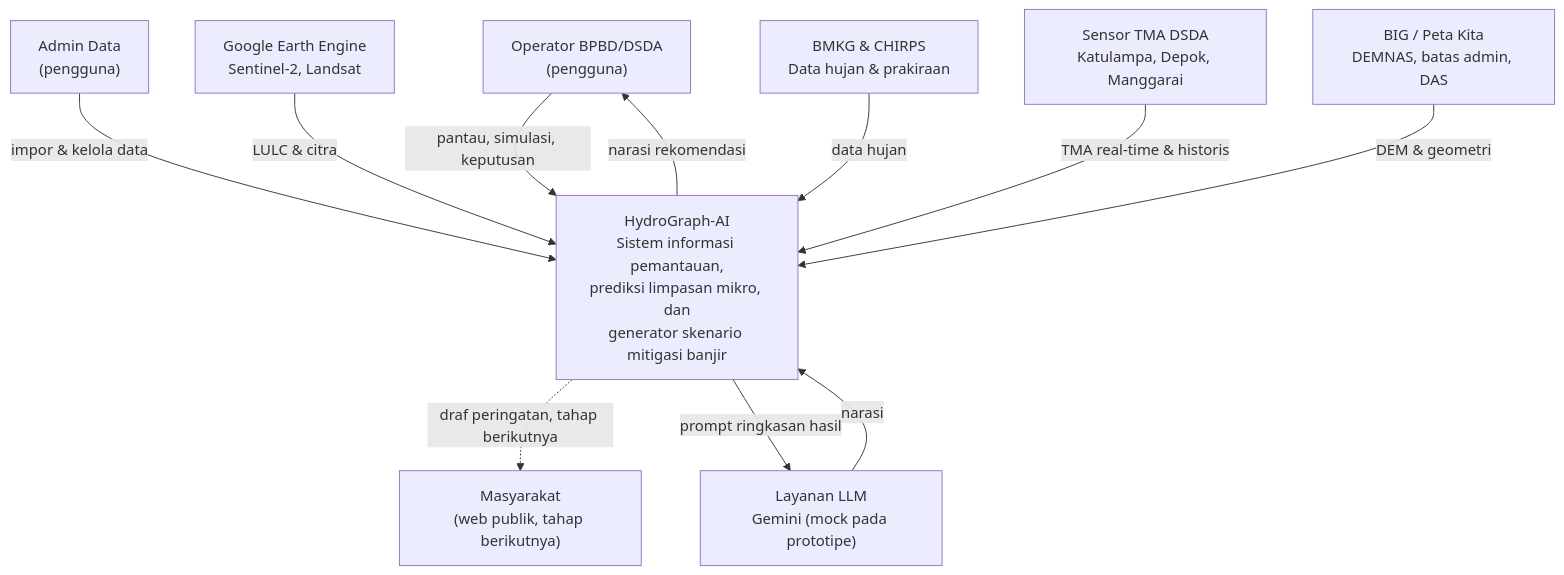
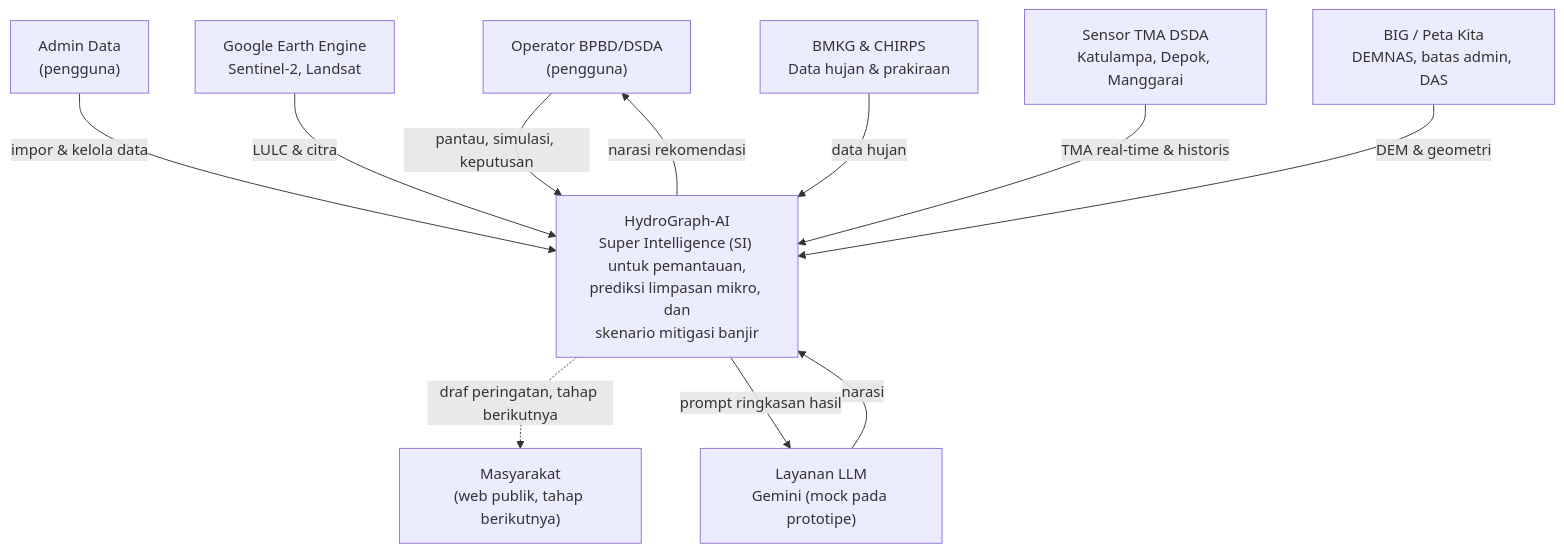
The diagram in docs/architecture/01-context.md (argonurcahyo/si_bridges), drawn with Mermaid before and after one commit. The commit also changed 16 other files, not shown here.

First line of the commit message:
feat: add scripts to generate architecture diagrams for HydroGraph-AI

````diff
--- a/docs/architecture/01-context.md
+++ b/docs/architecture/01-context.md
@@ -5,26 +5,26 @@
 ```mermaid
 flowchart TB
     OP["Operator BPBD/DSDA<br/>(pengguna)"]
     AD["Admin Data<br/>(pengguna)"]
     PUB["Masyarakat<br/>(web publik, tahap berikutnya)"]
 
-    SYS["HydroGraph-AI<br/>Sistem informasi pemantauan,<br/>prediksi limpasan mikro, dan<br/>generator skenario mitigasi banjir"]
+    SYS["HydroGraph-AI<br/>Super Intelligence (SI) untuk pemantauan,<br/>prediksi limpasan mikro, dan<br/>skenario mitigasi banjir"]
 
     LLM["Layanan LLM<br/>Gemini (mock pada prototipe)"]
     GEE["Google Earth Engine<br/>Sentinel-2, Landsat"]
     BMKG["BMKG & CHIRPS<br/>Data hujan & prakiraan"]
     TMA["Sensor TMA DSDA<br/>Katulampa, Depok, Manggarai"]
     BIG["BIG / Peta Kita<br/>DEMNAS, batas admin, DAS"]
 
     OP -->|pantau, simulasi, keputusan| SYS
     AD -->|impor & kelola data| SYS
     SYS -->|narasi rekomendasi| OP
     SYS -.->|draf peringatan, tahap berikutnya| PUB
 
     SYS -->|prompt ringkasan hasil| LLM
     LLM -->|narasi| SYS
     GEE -->|LULC & citra| SYS
     BMKG -->|data hujan| SYS
     TMA -->|TMA real-time & historis| SYS
     BIG -->|DEM & geometri| SYS
 ```
````
